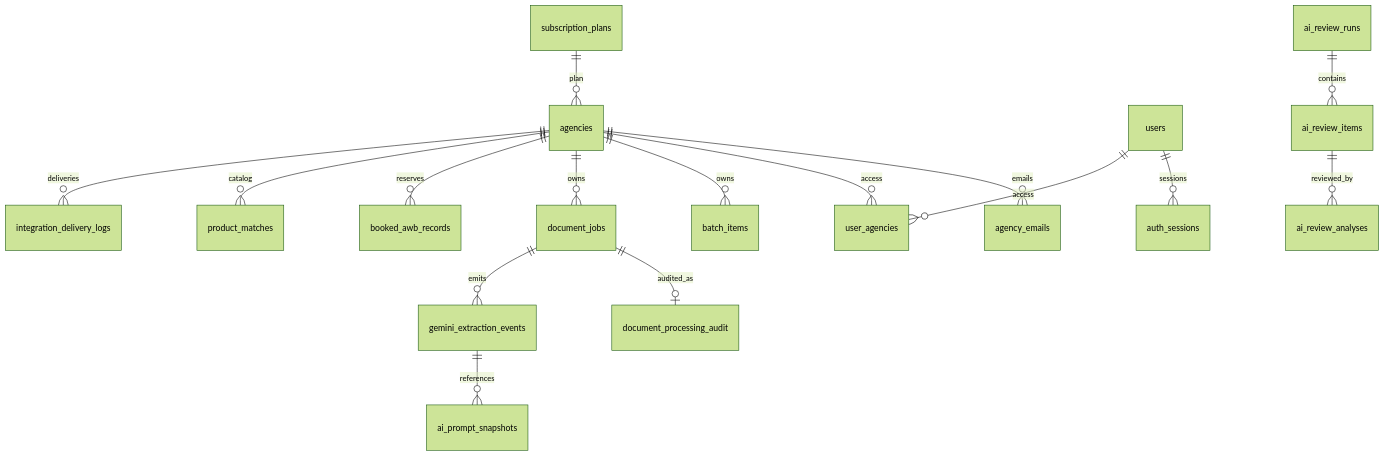
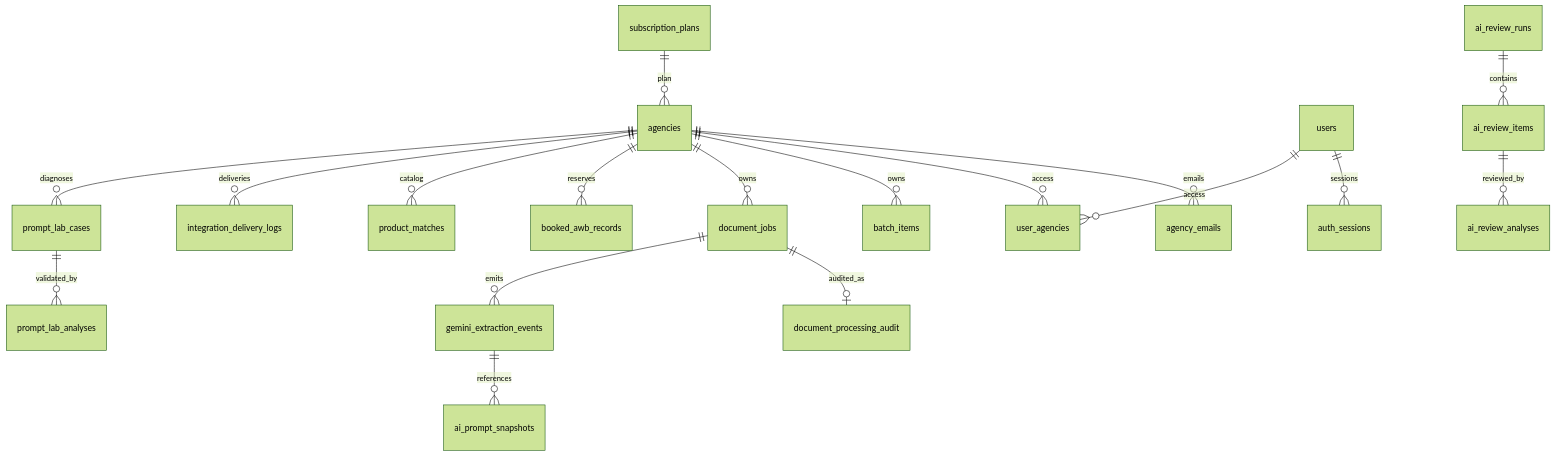
The eighth of 8 diagrams in docs/ProcessFlowArchitecture.md (hmartinezc/smartlogistics_ai), drawn with Mermaid (forest theme) before and after one commit. The commit also changed other lines of this file and 45 other files, not shown here.

Commit message:
feat: add prompt lab diagnostics

````diff
--- a/docs/ProcessFlowArchitecture.md
+++ b/docs/ProcessFlowArchitecture.md
@@ -263,18 +317,20 @@
 ```mermaid
 erDiagram
   subscription_plans ||--o{ agencies : plan
   agencies ||--o{ agency_emails : emails
   users ||--o{ auth_sessions : sessions
   users ||--o{ user_agencies : access
   agencies ||--o{ user_agencies : access
   agencies ||--o{ batch_items : owns
   agencies ||--o{ document_jobs : owns
   document_jobs ||--o| document_processing_audit : audited_as
   agencies ||--o{ booked_awb_records : reserves
   agencies ||--o{ product_matches : catalog
   agencies ||--o{ integration_delivery_logs : deliveries
   document_jobs ||--o{ gemini_extraction_events : emits
   gemini_extraction_events ||--o{ ai_prompt_snapshots : references
   ai_review_runs ||--o{ ai_review_items : contains
   ai_review_items ||--o{ ai_review_analyses : reviewed_by
+  agencies ||--o{ prompt_lab_cases : diagnoses
+  prompt_lab_cases ||--o{ prompt_lab_analyses : validated_by
 ```
````
